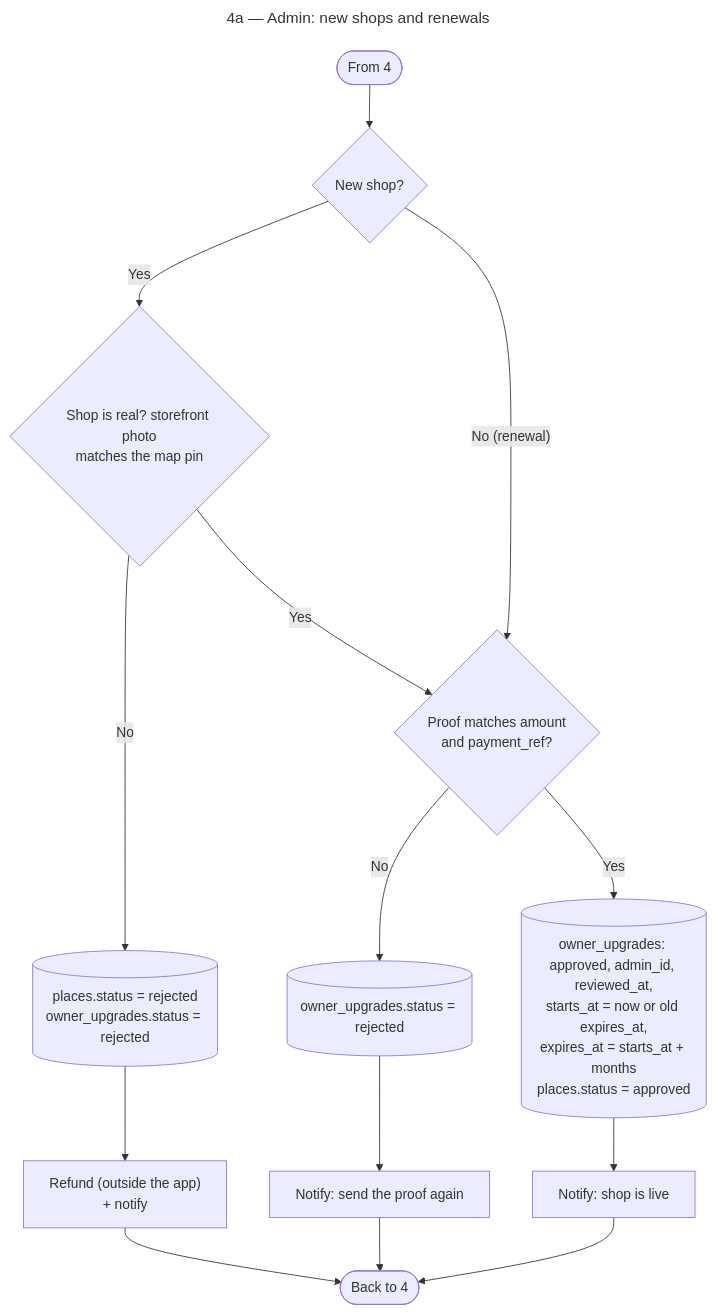
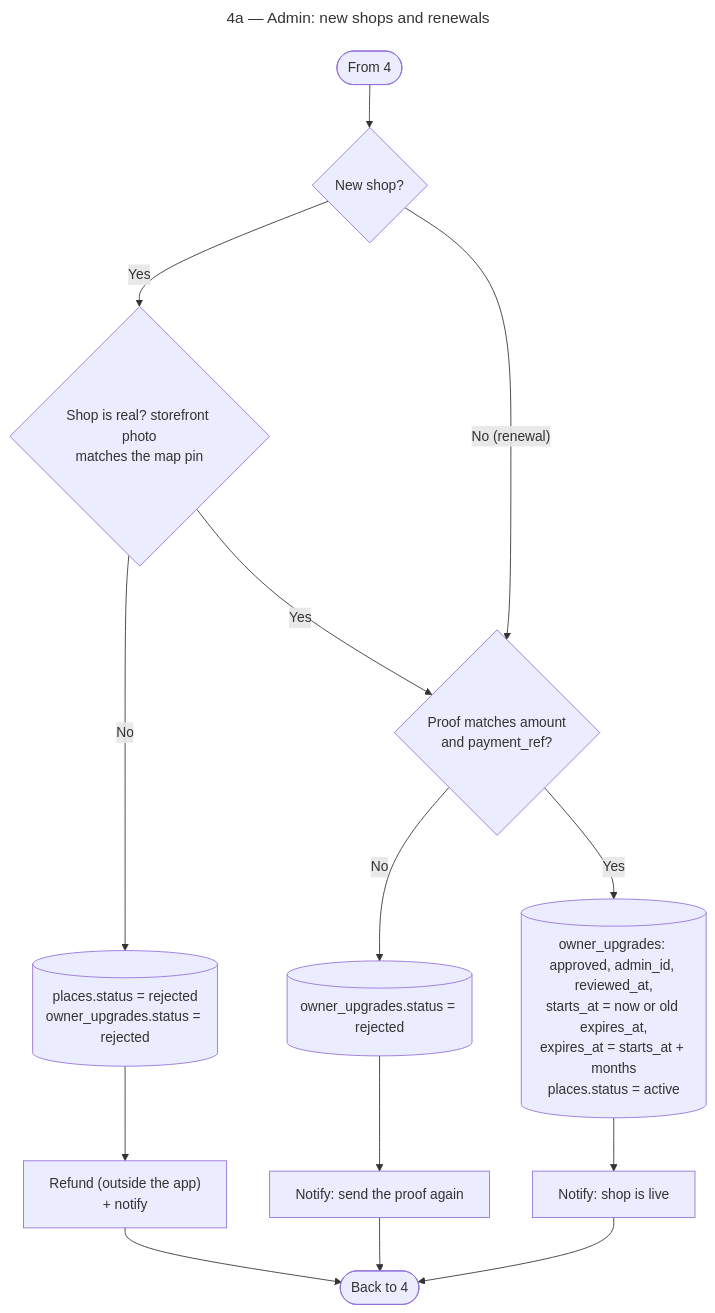
The diagram in frontend/docs/flows/4a-applications.mmd (YeNaingOo969/POINTER), drawn with Mermaid before and after one commit. The commit also changed 20 other files, not shown here.

First line of the commit message:
Use the ER place statuses: pending, active, rejected, hidden

```diff
--- a/frontend/docs/flows/4a-applications.mmd
+++ b/frontend/docs/flows/4a-applications.mmd
@@ -1,15 +1,15 @@
 ---
 title: "4a — Admin: new shops and renewals"
 ---
 flowchart TD
   S([From 4]) --> NEWQ{New shop?}
   NEWQ -- Yes --> CHQ{"Shop is real? storefront photo<br/>matches the map pin"}
   CHQ -- No --> RJ[("places.status = rejected<br/>owner_upgrades.status = rejected")]
   RJ --> RF["Refund (outside the app)<br/>+ notify"]
   CHQ -- Yes --> PYQ
   NEWQ -- "No (renewal)" --> PYQ{"Proof matches amount<br/>and payment_ref?"}
   PYQ -- No --> RJP[("owner_upgrades.status = rejected")]
   RJP --> N2["Notify: send the proof again"]
-  PYQ -- Yes --> OKP[("owner_upgrades: approved, admin_id, reviewed_at,<br/>starts_at = now or old expires_at,<br/>expires_at = starts_at + months<br/>places.status = approved")]
+  PYQ -- Yes --> OKP[("owner_upgrades: approved, admin_id, reviewed_at,<br/>starts_at = now or old expires_at,<br/>expires_at = starts_at + months<br/>places.status = active")]
   OKP --> N3["Notify: shop is live"]
   RF & N2 & N3 --> E([Back to 4])
```
